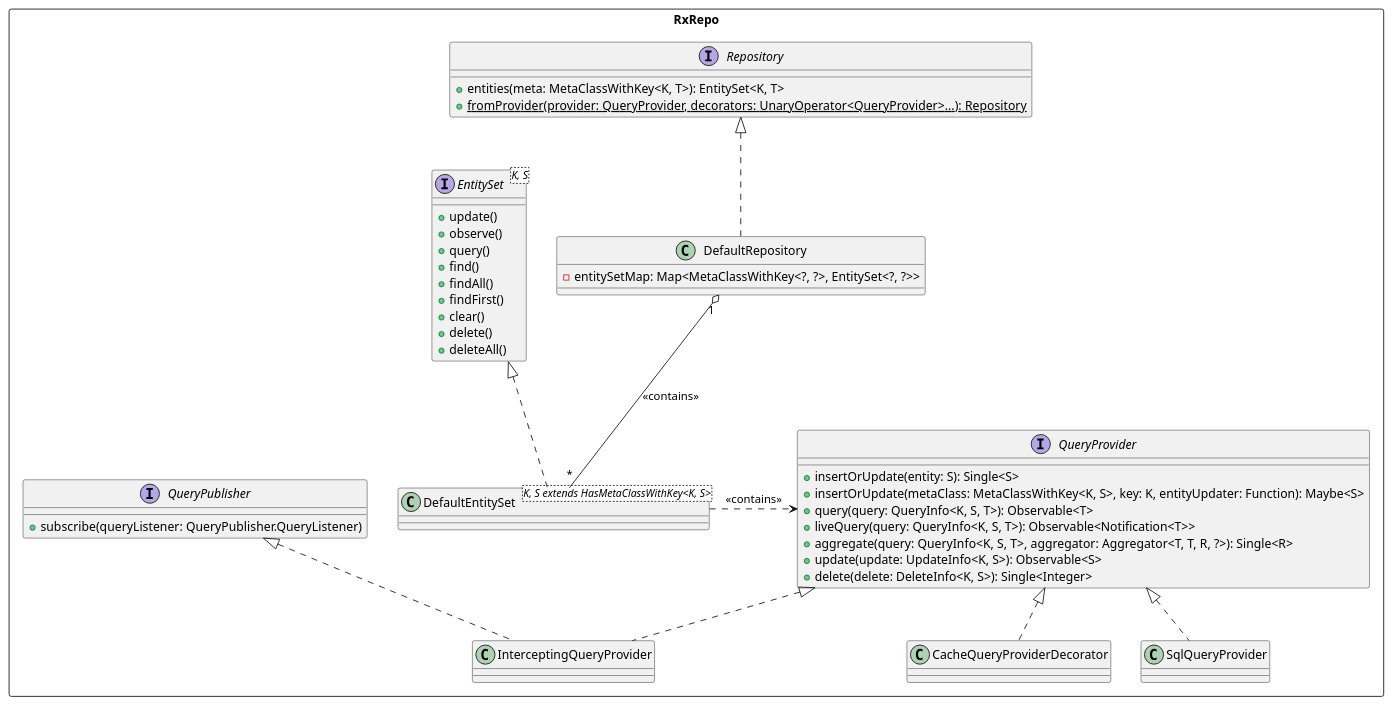
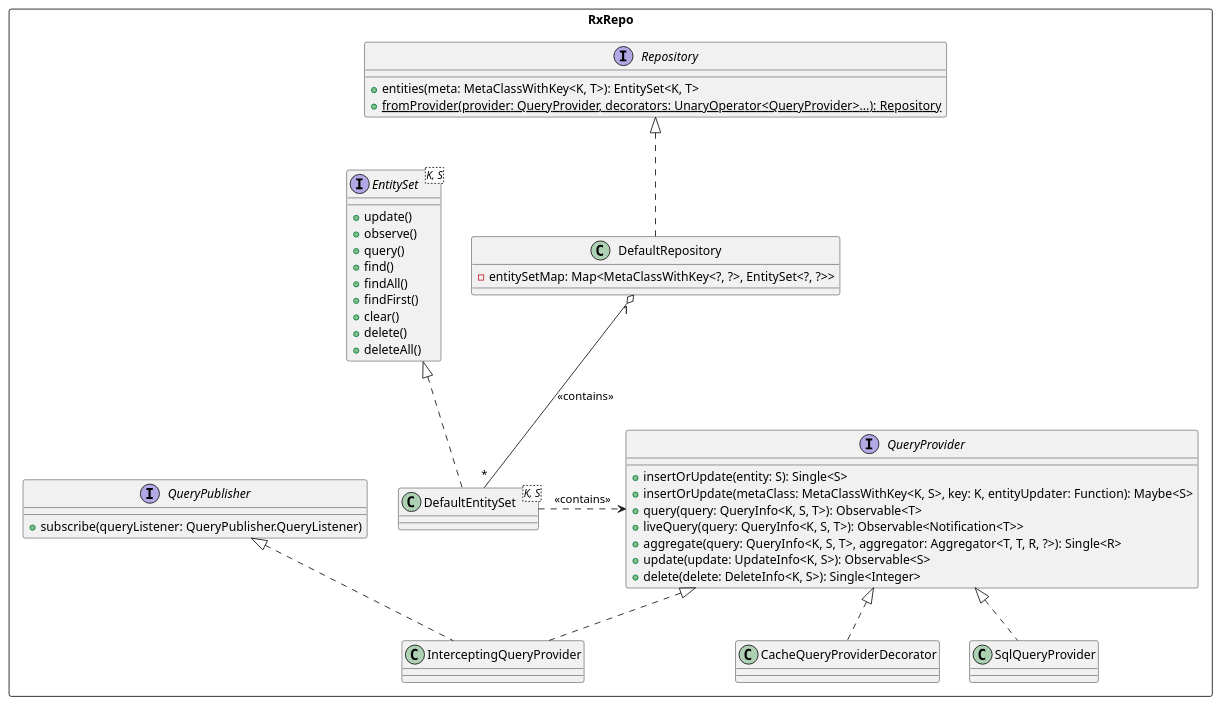
One commit to slim-gears/rxorm changed the diagram in rxrepo-core/uml/query-providers-high-level.puml. Above: the diagram before and after it, drawn with PlantUML. The commit also changed 51 other files, not shown here.

Commit message:
[rxrepo-core] EntitySet<>: removing constraints

```diff
--- a/rxrepo-core/uml/query-providers-high-level.puml
+++ b/rxrepo-core/uml/query-providers-high-level.puml
@@ -1,46 +1,46 @@
 @startuml
 
 rectangle RxRepo {
 
   interface Repository {
     +entities(meta: MetaClassWithKey<K, T>): EntitySet<K, T>
     +{static}fromProvider(provider: QueryProvider, decorators: UnaryOperator<QueryProvider>...): Repository
   }
   class DefaultRepository implements Repository {
     -entitySetMap: Map<MetaClassWithKey<?, ?>, EntitySet<?, ?>>
   }
 
   interface EntitySet<K, S> {
     +update()
     +observe()
     +query()
     +find()
     +findAll()
     +findFirst()
     +clear()
     +delete()
     +deleteAll()
   }
-  class DefaultEntitySet<K, S extends HasMetaClassWithKey<K, S>> implements EntitySet
+  class DefaultEntitySet<K, S> implements EntitySet
 
   interface QueryProvider {
     +insertOrUpdate(entity: S): Single<S>
     +insertOrUpdate(metaClass: MetaClassWithKey<K, S>, key: K, entityUpdater: Function): Maybe<S>
     +query(query: QueryInfo<K, S, T>): Observable<T>
     +liveQuery(query: QueryInfo<K, S, T>): Observable<Notification<T>>
     +aggregate(query: QueryInfo<K, S, T>, aggregator: Aggregator<T, T, R, ?>): Single<R>
     +update(update: UpdateInfo<K, S>): Observable<S>
     +delete(delete: DeleteInfo<K, S>): Single<Integer>
   }
   interface QueryPublisher {
     +subscribe(queryListener: QueryPublisher.QueryListener)
   }
   class SqlQueryProvider implements QueryProvider
   class CacheQueryProviderDecorator implements QueryProvider
   class InterceptingQueryProvider implements QueryProvider, QueryPublisher
 }
 
 DefaultRepository "1" o-- "*" DefaultEntitySet: <<contains>>
 DefaultEntitySet .> QueryProvider: <<contains>>
 
 @enduml
```
